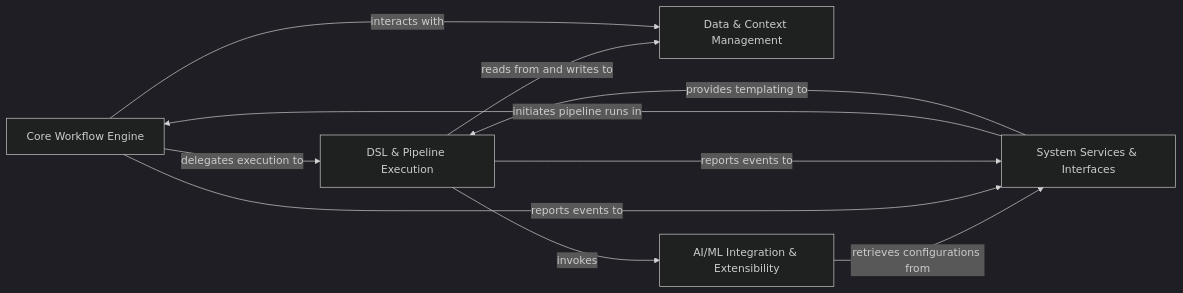
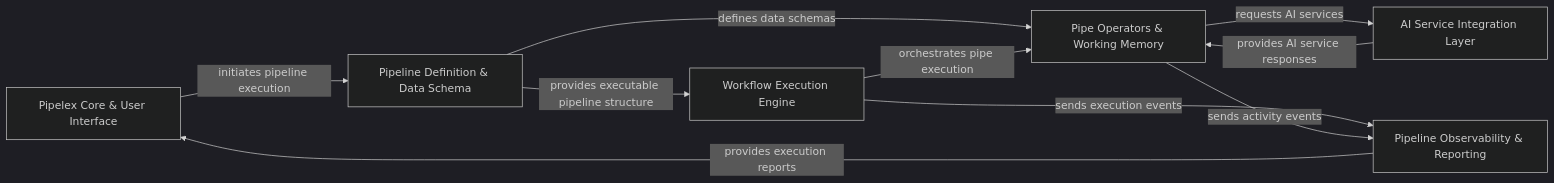
One commit to mariyam866/pipelex changed the diagram in docs/pages/advanced-customization/on_boarding.md. Above: the diagram before and after it, drawn with Mermaid (dark theme). The commit also changed other lines of this file and 31 other files, not shown here.

````diff
--- a/docs/pages/advanced-customization/on_boarding.md
+++ b/docs/pages/advanced-customization/on_boarding.md
@@ -1,22 +1,24 @@
 ```mermaid
 graph LR
-    Core_Workflow_Engine["Core Workflow Engine"]
-    DSL_Pipeline_Execution["DSL & Pipeline Execution"]
-    Data_Context_Management["Data & Context Management"]
-    AI_ML_Integration_Extensibility["AI/ML Integration & Extensibility"]
-    System_Services_Interfaces["System Services & Interfaces"]
-    Core_Workflow_Engine -- "delegates execution to" --> DSL_Pipeline_Execution
-    DSL_Pipeline_Execution -- "reads from and writes to" --> Data_Context_Management
-    DSL_Pipeline_Execution -- "invokes" --> AI_ML_Integration_Extensibility
-    AI_ML_Integration_Extensibility -- "retrieves configurations from" --> System_Services_Interfaces
-    Core_Workflow_Engine -- "reports events to" --> System_Services_Interfaces
-    DSL_Pipeline_Execution -- "reports events to" --> System_Services_Interfaces
-    System_Services_Interfaces -- "initiates pipeline runs in" --> Core_Workflow_Engine
-    Core_Workflow_Engine -- "interacts with" --> Data_Context_Management
-    System_Services_Interfaces -- "provides templating to" --> DSL_Pipeline_Execution
-    click Core_Workflow_Engine href "https://github.com/Pipelex/pipelex/blob/main/.codeboarding/Core_Workflow_Engine.md" "Details"
-    click DSL_Pipeline_Execution href "https://github.com/Pipelex/pipelex/blob/main/.codeboarding/DSL_Pipeline_Execution.md" "Details"
-    click Data_Context_Management href "https://github.com/Pipelex/pipelex/blob/main/.codeboarding/Data_Context_Management.md" "Details"
-    click AI_ML_Integration_Extensibility href "https://github.com/Pipelex/pipelex/blob/main/.codeboarding/AI_ML_Integration_Extensibility.md" "Details"
-    click System_Services_Interfaces href "https://github.com/Pipelex/pipelex/blob/main/.codeboarding/System_Services_Interfaces.md" "Details"
+    Pipelex_Core_User_Interface["Pipelex Core & User Interface"]
+    Pipeline_Definition_Data_Schema["Pipeline Definition & Data Schema"]
+    Workflow_Execution_Engine["Workflow Execution Engine"]
+    Pipe_Operators_Working_Memory["Pipe Operators & Working Memory"]
+    AI_Service_Integration_Layer["AI Service Integration Layer"]
+    Pipeline_Observability_Reporting["Pipeline Observability & Reporting"]
+    Pipelex_Core_User_Interface -- "initiates pipeline execution" --> Pipeline_Definition_Data_Schema
+    Pipeline_Observability_Reporting -- "provides execution reports" --> Pipelex_Core_User_Interface
+    Pipeline_Definition_Data_Schema -- "provides executable pipeline structure" --> Workflow_Execution_Engine
+    Pipeline_Definition_Data_Schema -- "defines data schemas" --> Pipe_Operators_Working_Memory
+    Workflow_Execution_Engine -- "orchestrates pipe execution" --> Pipe_Operators_Working_Memory
+    Workflow_Execution_Engine -- "sends execution events" --> Pipeline_Observability_Reporting
+    Pipe_Operators_Working_Memory -- "requests AI services" --> AI_Service_Integration_Layer
+    AI_Service_Integration_Layer -- "provides AI service responses" --> Pipe_Operators_Working_Memory
+    Pipe_Operators_Working_Memory -- "sends activity events" --> Pipeline_Observability_Reporting
+    click Pipelex_Core_User_Interface href "https://github.com/Pipelex/pipelex/blob/main/.codeboarding/Pipelex_Core_User_Interface.md" "Details"
+    click Pipeline_Definition_Data_Schema href "https://github.com/Pipelex/pipelex/blob/main/.codeboarding/Pipeline_Definition_Data_Schema.md" "Details"
+    click Workflow_Execution_Engine href "https://github.com/Pipelex/pipelex/blob/main/.codeboarding/Workflow_Execution_Engine.md" "Details"
+    click Pipe_Operators_Working_Memory href "https://github.com/Pipelex/pipelex/blob/main/.codeboarding/Pipe_Operators_Working_Memory.md" "Details"
+    click AI_Service_Integration_Layer href "https://github.com/Pipelex/pipelex/blob/main/.codeboarding/AI_Service_Integration_Layer.md" "Details"
+    click Pipeline_Observability_Reporting href "https://github.com/Pipelex/pipelex/blob/main/.codeboarding/Pipeline_Observability_Reporting.md" "Details"
 ```
````
